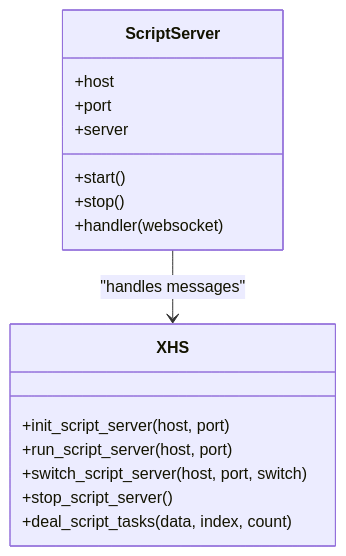
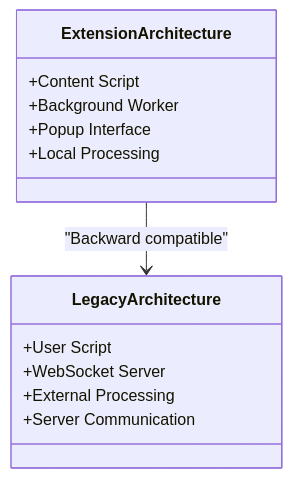
One commit to KY-2000/XHS-Downloader changed the seventh of 8 diagrams in .qoder/repowiki/en/content/User Interfaces/Browser Integration.md. Above: the diagram before and after it, drawn with Mermaid. The commit also changed other lines of this file and 3 other files, not shown here.

````diff
--- a/.qoder/repowiki/en/content/User Interfaces/Browser Integration.md
+++ b/.qoder/repowiki/en/content/User Interfaces/Browser Integration.md
@@ -207,19 +269,16 @@
 ```mermaid
 classDiagram
-class ScriptServer {
-+host
-+port
-+server
-+start()
-+stop()
-+handler(websocket)
+class ExtensionArchitecture {
++Content Script
++Background Worker
++Popup Interface
++Local Processing
 }
-class XHS {
-+init_script_server(host, port)
-+run_script_server(host, port)
-+switch_script_server(host, port, switch)
-+stop_script_server()
-+deal_script_tasks(data, index, count)
+class LegacyArchitecture {
++User Script
++WebSocket Server
++External Processing
++Server Communication
 }
-ScriptServer --> XHS : "handles messages"
+ExtensionArchitecture --> LegacyArchitecture : "Backward compatible"
 ```
````
